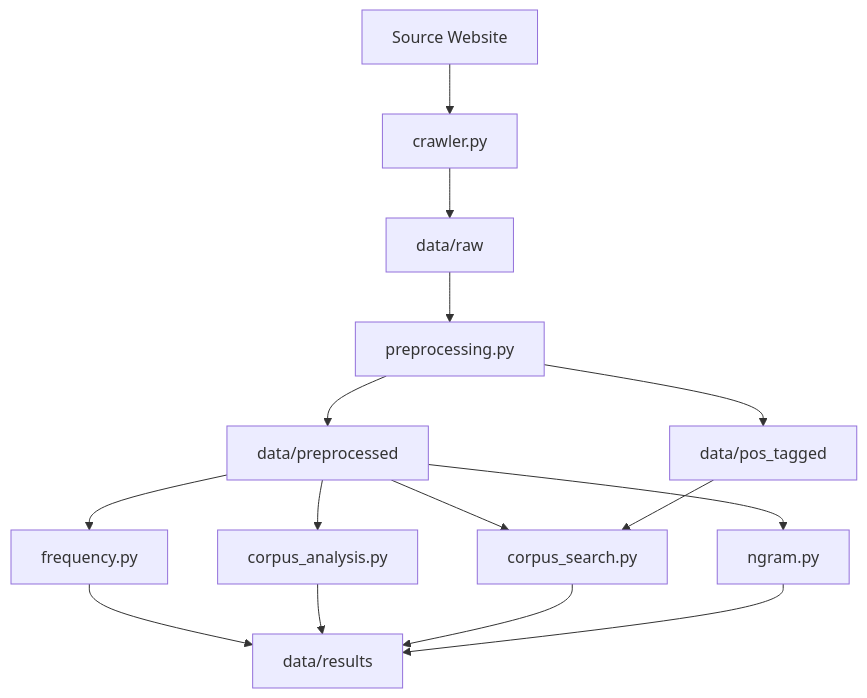
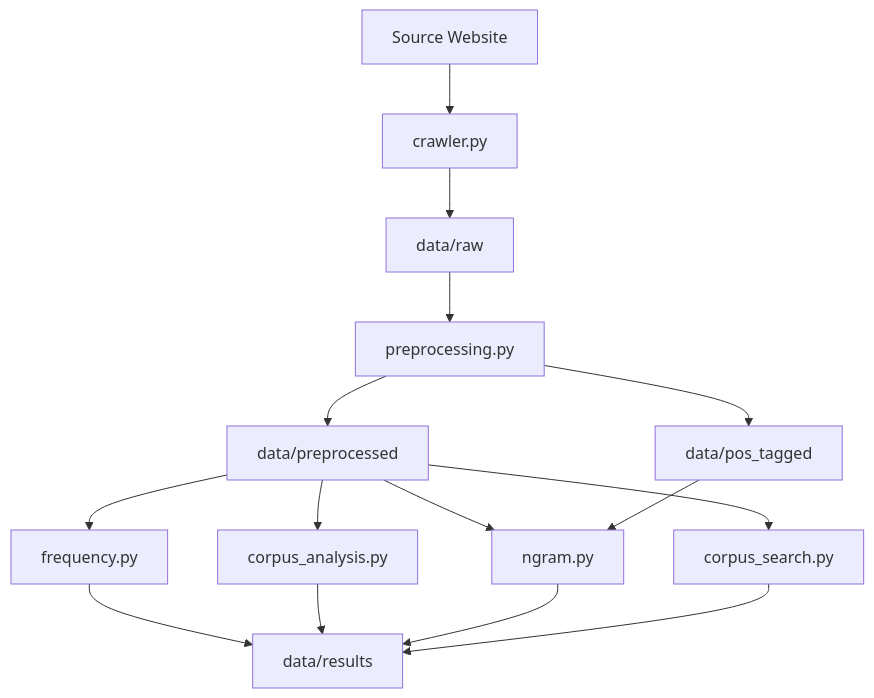
One commit to ksphere0013/Corpus-Linguistics-Toolkit-for-Chinese changed the diagram in README.md. Above: the diagram before and after it, drawn with Mermaid. The commit also changed other lines of this file, not shown here.

````diff
--- a/README.md
+++ b/README.md
@@ -41,22 +41,22 @@
 ```mermaid
 flowchart TD
     A[Source Website] --> B[crawler.py]
     B --> C[data/raw]
 
     C --> D[preprocessing.py]
 
     D --> E[data/preprocessed]
     D --> F[data/pos_tagged]
 
     E --> G[frequency.py]
     E --> H[corpus_analysis.py]
-    E --> I[corpus_search.py]
-    E --> J[ngram.py]
+    E --> I[ngram.py]
+    E --> J[corpus_search.py]
 
     F --> I
 
     G --> K[data/results]
     H --> K
     I --> K
     J --> K
 ```
````
